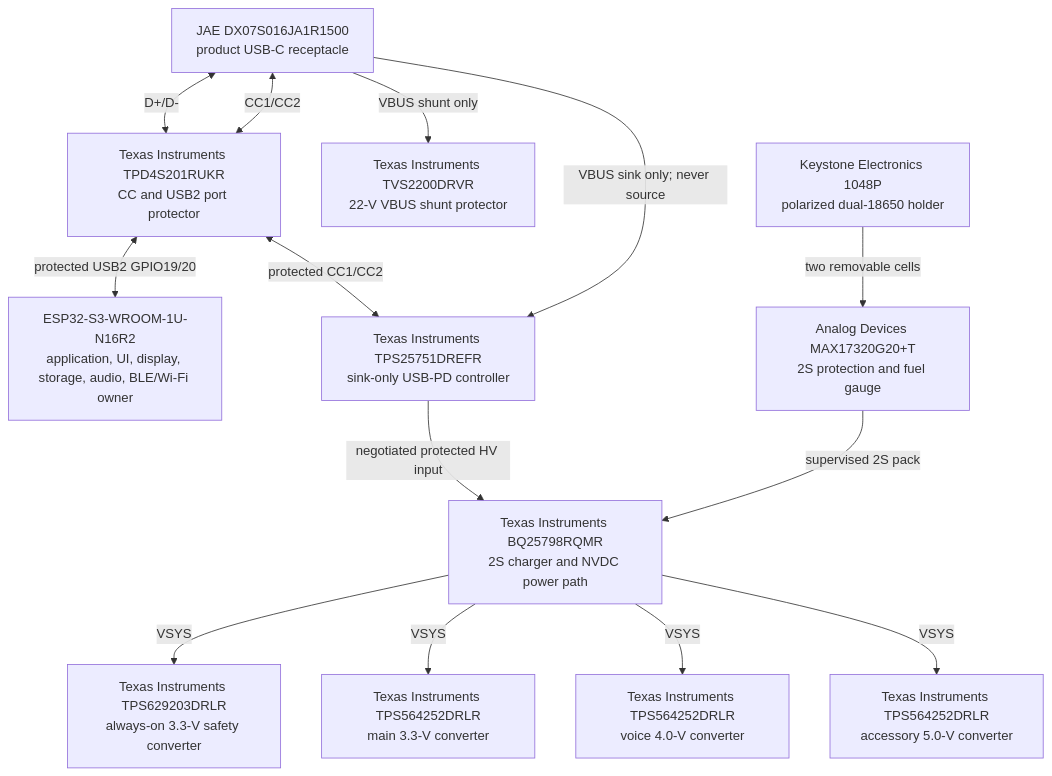
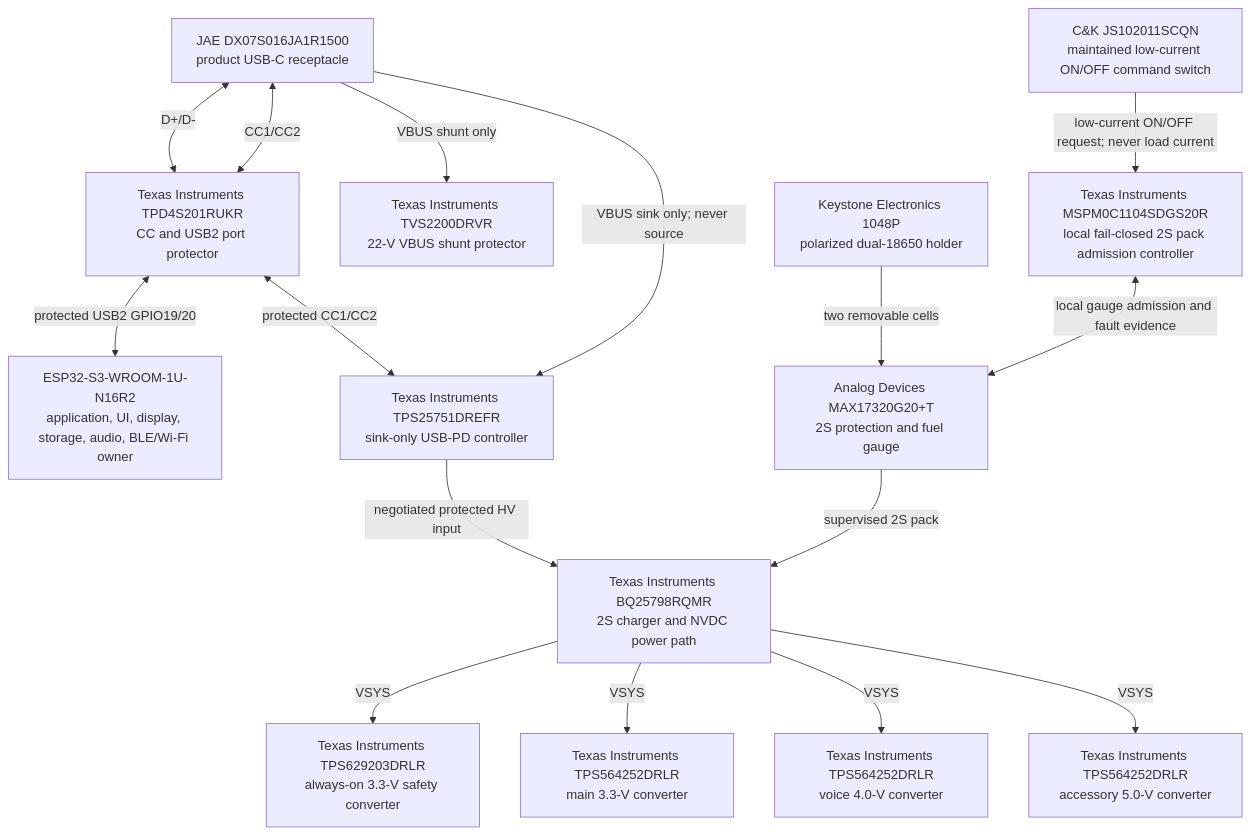
Before and after one commit to anton-vinogradov/esp32-leshy2: the ninth of 10 diagrams in docs/schematics.md, drawn with Mermaid. The commit also changed 21 other files, not shown here.

````diff
--- a/docs/schematics.md
+++ b/docs/schematics.md
@@ -220,25 +220,29 @@
 ```mermaid
 flowchart TD
 PRODUCT_USB_CONNECTOR["JAE DX07S016JA1R1500<br/>product USB-C receptacle"]
 PRODUCT_USB_PROTECTOR["Texas Instruments TPD4S201RUKR<br/>CC and USB2 port protector"]
 S3["ESP32-S3-WROOM-1U-N16R2<br/>application, UI, display, storage, audio, BLE/Wi-Fi owner"]
 PD_VBUS_TVS["Texas Instruments TVS2200DRVR<br/>22-V VBUS shunt protector"]
 PD_CONTROLLER["Texas Instruments TPS25751DREFR<br/>sink-only USB-PD controller"]
 NVDC_CHARGER["Texas Instruments BQ25798RQMR<br/>2S charger and NVDC power path"]
 PACK_HOLDER["Keystone Electronics 1048P<br/>polarized dual-18650 holder"]
 PACK_GAUGE["Analog Devices MAX17320G20+T<br/>2S protection and fuel gauge"]
+PACK_ADMISSION["Texas Instruments MSPM0C1104SDGS20R<br/>local fail-closed 2S pack admission controller"]
+POWER_COMMAND_SWITCH["C&K JS102011SCQN<br/>maintained low-current ON/OFF command switch"]
 AON_BUCK["Texas Instruments TPS629203DRLR<br/>always-on 3.3-V safety converter"]
 MAIN_BUCK["Texas Instruments TPS564252DRLR<br/>main 3.3-V converter"]
 VOICE_BUCK["Texas Instruments TPS564252DRLR<br/>voice 4.0-V converter"]
 EXT_BUCK["Texas Instruments TPS564252DRLR<br/>accessory 5.0-V converter"]
   PRODUCT_USB_CONNECTOR <-->|"D+/D-"| PRODUCT_USB_PROTECTOR <-->|"protected USB2 GPIO19/20"| S3
   PRODUCT_USB_CONNECTOR <-->|"CC1/CC2"| PRODUCT_USB_PROTECTOR <-->|"protected CC1/CC2"| PD_CONTROLLER
   PRODUCT_USB_CONNECTOR -->|"VBUS sink only; never source"| PD_CONTROLLER
   PRODUCT_USB_CONNECTOR -->|"VBUS shunt only"| PD_VBUS_TVS
   PD_CONTROLLER -->|"negotiated protected HV input"| NVDC_CHARGER
   PACK_HOLDER -->|"two removable cells"| PACK_GAUGE -->|"supervised 2S pack"| NVDC_CHARGER
+  POWER_COMMAND_SWITCH -->|"low-current ON/OFF request; never load current"| PACK_ADMISSION
+  PACK_ADMISSION <-->|"local gauge admission and fault evidence"| PACK_GAUGE
   NVDC_CHARGER -->|"VSYS"| AON_BUCK
   NVDC_CHARGER -->|"VSYS"| MAIN_BUCK
   NVDC_CHARGER -->|"VSYS"| VOICE_BUCK
   NVDC_CHARGER -->|"VSYS"| EXT_BUCK
 ```
````
